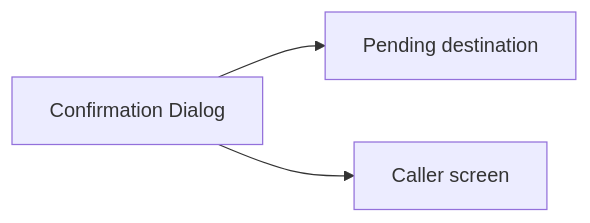
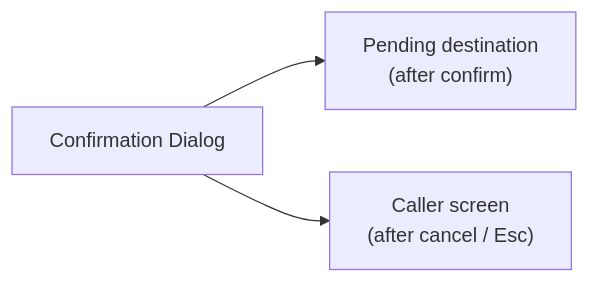
Before and after one commit to SunaNoOshiro/Heroes_Reforged_AI_Realms: the fifth of 6 diagrams in docs/architecture/wiki/screens/60-confirmation-dialog/architecture.md, drawn with Mermaid. The commit also changed other lines of this file and 518 other files, not shown here.

First line of the commit message:
Add doc-audit skill and sweep architecture/screen docs

````diff
--- a/docs/architecture/wiki/screens/60-confirmation-dialog/architecture.md
+++ b/docs/architecture/wiki/screens/60-confirmation-dialog/architecture.md
@@ -66,6 +74,6 @@
 ```mermaid
 flowchart LR
   Current["Confirmation Dialog"]
-  Current --> T0["Pending destination"]
-  Current --> T1["Caller screen"]
+  Current --> T0["Pending destination<br/>(after confirm)"]
+  Current --> T1["Caller screen<br/>(after cancel / Esc)"]
 ```
````
